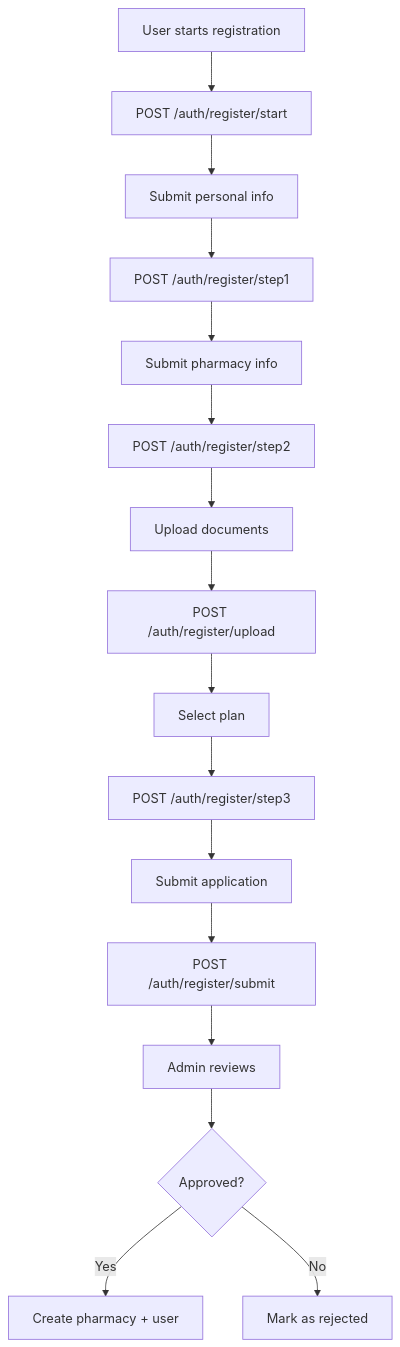
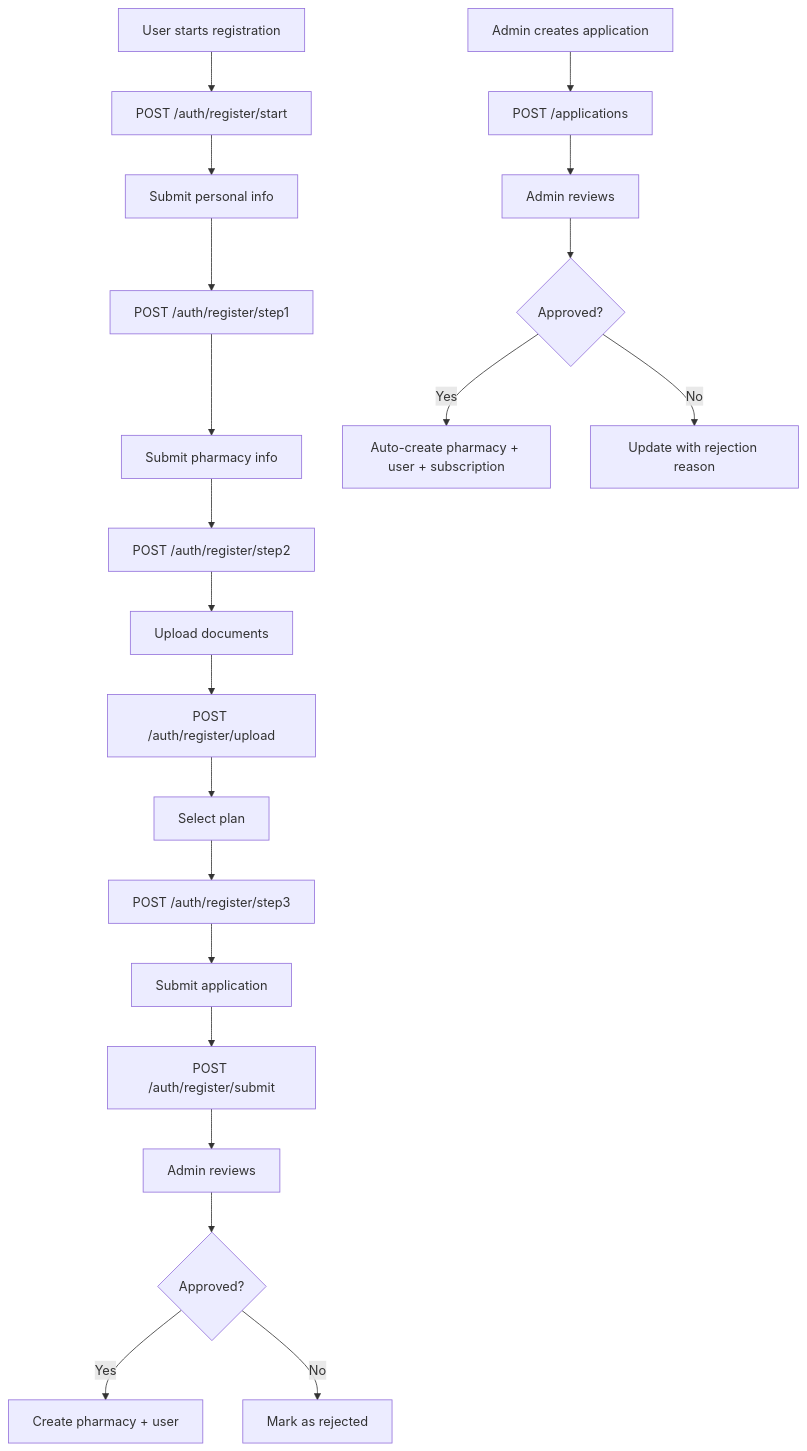
The fourth of 4 diagrams in README.md (daggix02-m/backend), drawn with Mermaid before and after one commit. The commit also changed other lines of this file and 1 other file, not shown here.

````diff
--- a/README.md
+++ b/README.md
@@ -1298,18 +1530,24 @@
 ```mermaid
 graph TD
     A[User starts registration] --> B[POST /auth/register/start]
     B --> C[Submit personal info]
     C --> D[POST /auth/register/step1]
     D --> E[Submit pharmacy info]
     E --> F[POST /auth/register/step2]
     F --> G[Upload documents]
     G --> H[POST /auth/register/upload]
     H --> I[Select plan]
     I --> J[POST /auth/register/step3]
     J --> K[Submit application]
     K --> L[POST /auth/register/submit]
     L --> M[Admin reviews]
     M --> N{Approved?}
     N -->|Yes| O[Create pharmacy + user]
     N -->|No| P[Mark as rejected]
+    
+    Q[Admin creates application] --> R[POST /applications]
+    R --> S[Admin reviews]
+    S --> T{Approved?}
+    T -->|Yes| U[Auto-create pharmacy + user + subscription]
+    T -->|No| V[Update with rejection reason]
 ```
````
